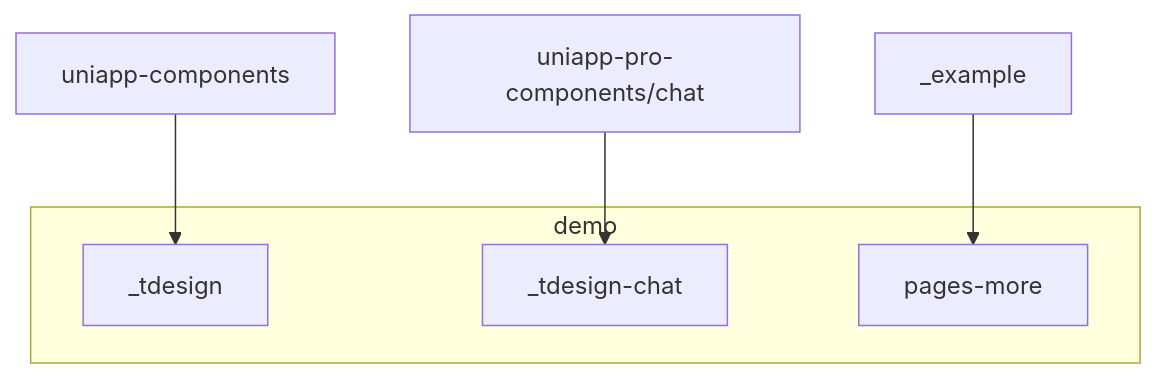
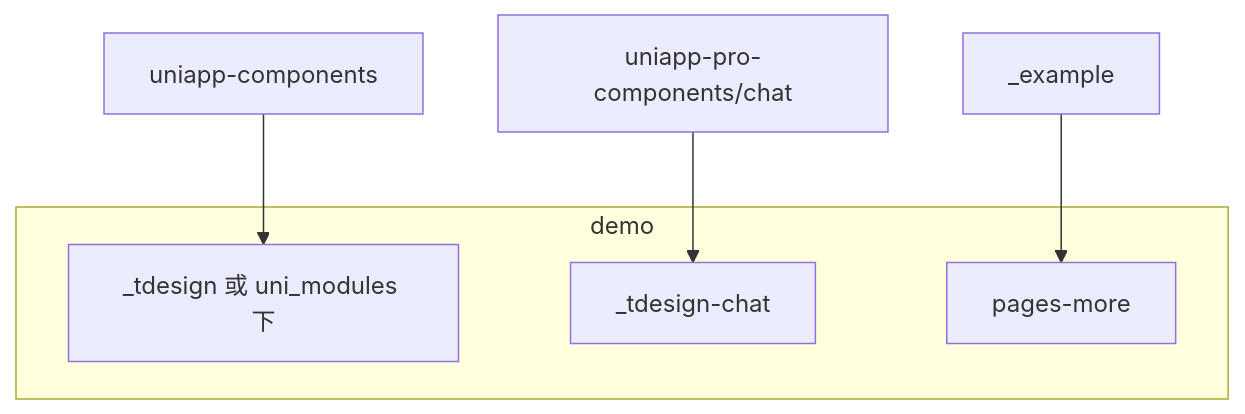
The third of 6 diagrams in docs/2026上/no-tech-thought.md (novlan1/notes), drawn with Mermaid before and after one commit. The commit also changed other lines of this file, not shown here.

````diff
--- a/docs/2026上/no-tech-thought.md
+++ b/docs/2026上/no-tech-thought.md
@@ -15,12 +23,12 @@
 ```mermaid
 graph TD
-uniapp-components --> _tdesign
-uniapp-pro-components/chat --> _tdesign-chat
+uniapp-components --> _tdesign["_tdesign 或 uni_modules 下"]
+uniapp-pro-components/chat --> _tdesign-chat["_tdesign-chat"]
 _example --> pages-more
 
 subgraph demo["demo"]
 _tdesign
 _tdesign-chat
 pages-more
 end
 ```
````
